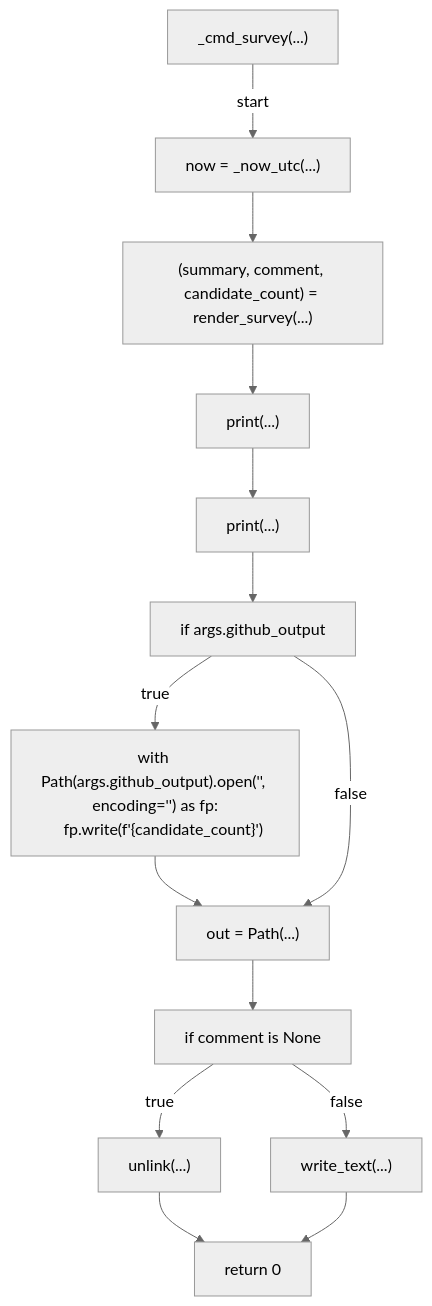
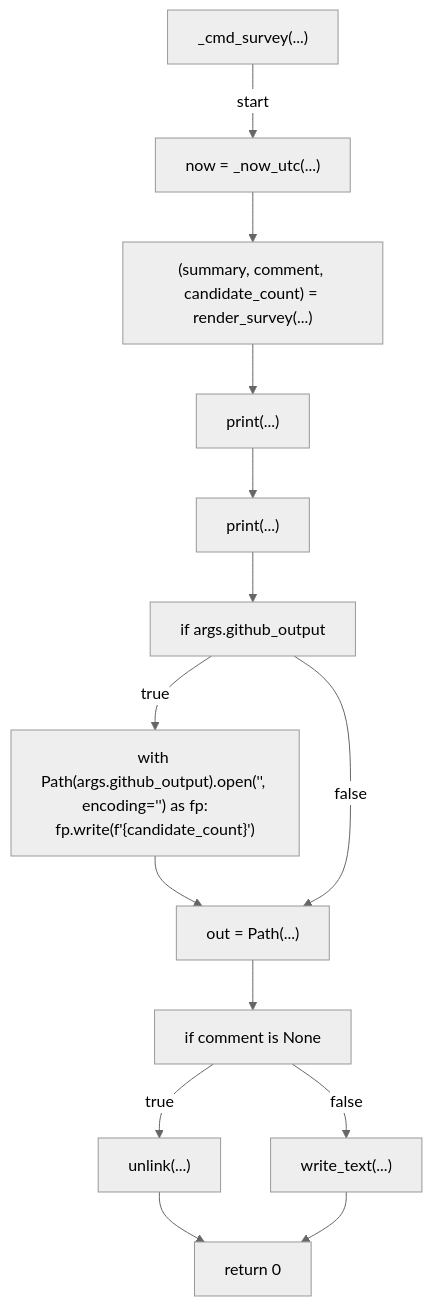
Diagram 15 of 25 in docs/generated/scripts/ast/branch_cleanup.md (tvna/claude-md), drawn with Mermaid (neutral theme) before and after one commit. The commit also changed other lines of this file and 20 other files, not shown here.

First line of the commit message:
docs(generated): regenerate decision tree and workflow diagrams (batch 1/5)

````diff
--- a/docs/generated/scripts/ast/branch_cleanup.md
+++ b/docs/generated/scripts/ast/branch_cleanup.md
@@ -260,29 +239,28 @@
 ```mermaid
 flowchart TD
     N001["_cmd_survey(...)"]
     N002["now = _now_utc(...)"]
     N003["(summary, comment, candidate_count) = render_survey(...)"]
     N004["print(...)"]
     N005["print(...)"]
     N006["if args.github_output"]
-    N007["with Path(args.github_output).open('<str>', encoding='<str>') as fp:
-    fp.write(f'<str>{candidate_count}<str>')"]
+    N007["with Path(args.github_output).open('<str>', encoding='<str>') as fp:     fp.write(f'<str>{candidate_count}<str>')"]
     N008["out = Path(...)"]
     N009["if comment is None"]
     N010["unlink(...)"]
     N011["write_text(...)"]
     N012["return 0"]
     N001 -->|"start"| N002
     N002 --> N003
     N003 --> N004
     N004 --> N005
     N005 --> N006
     N006 -->|"true"| N007
     N007 --> N008
     N006 -->|"false"| N008
     N008 --> N009
     N009 -->|"true"| N010
     N009 -->|"false"| N011
     N010 --> N012
     N011 --> N012
 ```
````
